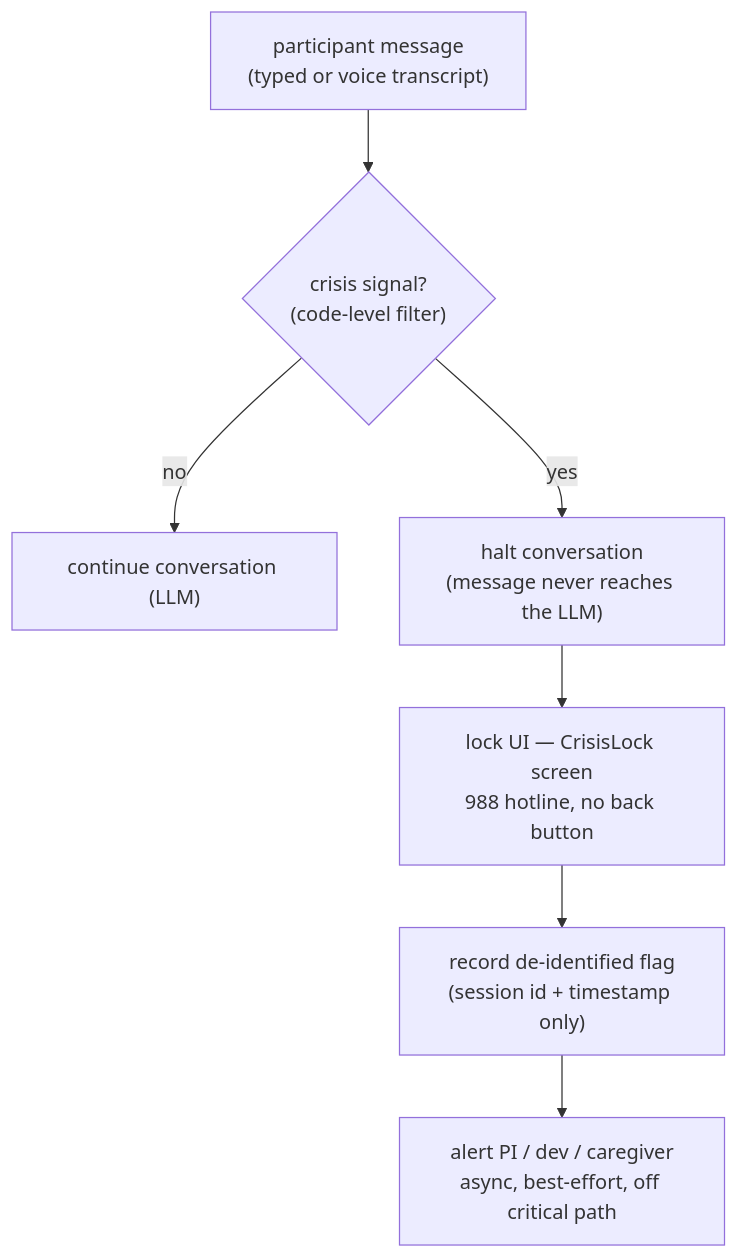
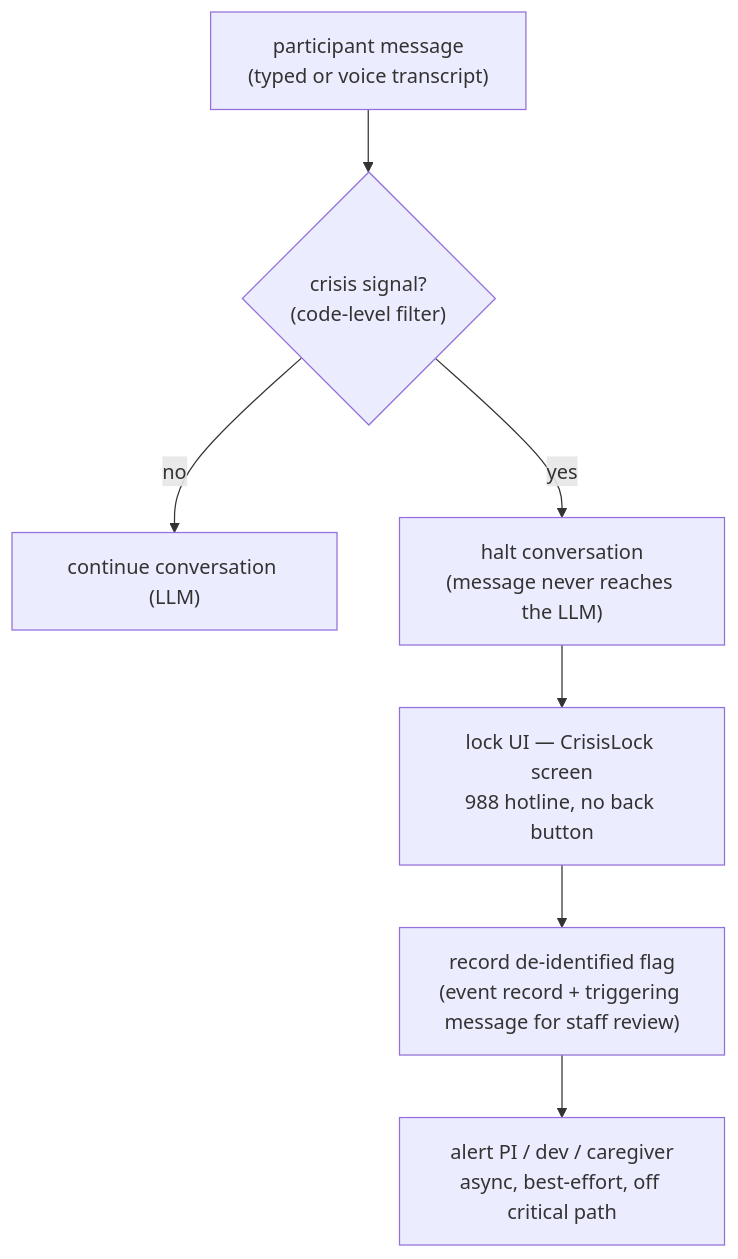
Before and after one commit to back99/mci-chatbot-showcase: the diagram in docs/safety-design.md, drawn with Mermaid. The commit also changed other lines of this file and 3 other files, not shown here.

````diff
--- a/docs/safety-design.md
+++ b/docs/safety-design.md
@@ -20,9 +20,9 @@
 ```mermaid
 flowchart TD
     msg["participant message<br/>(typed or voice transcript)"] --> scan{"crisis signal?<br/>(code-level filter)"}
     scan -->|no| chat["continue conversation (LLM)"]
     scan -->|yes| halt["halt conversation<br/>(message never reaches the LLM)"]
     halt --> lock["lock UI — CrisisLock screen<br/>988 hotline, no back button"]
-    lock --> flag["record de-identified flag<br/>(session id + timestamp only)"]
+    lock --> flag["record de-identified flag<br/>(event record + triggering message for staff review)"]
     flag --> alert["alert PI / dev / caregiver<br/>async, best-effort, off critical path"]
 ```
````
